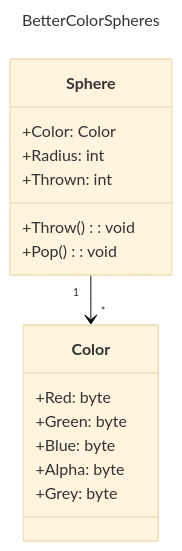
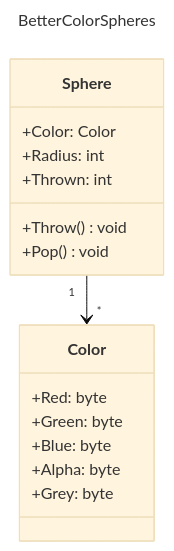
The diagram in BetterColorSpheres/README.md (Blastermore/LP1Semana06), drawn with Mermaid (base theme) before and after one commit.

Commit message:
Correct Diagram print

````diff
--- a/BetterColorSpheres/README.md
+++ b/BetterColorSpheres/README.md
@@ -1,22 +1,22 @@
 ```mermaid
 ---
 title: BetterColorSpheres
 ---
     classDiagram
     Sphere "1" --> "*" Color
     class Sphere{
     +Color: Color
     +Radius: int
     +Thrown: int
-    +Throw(): void
-    +Pop(): void
+    +Throw() void
+    +Pop() void
     }
 
     class Color{
       +Red: byte
       +Green: byte
       +Blue: byte
       +Alpha: byte
       +Grey: byte
       }
 ```
````
